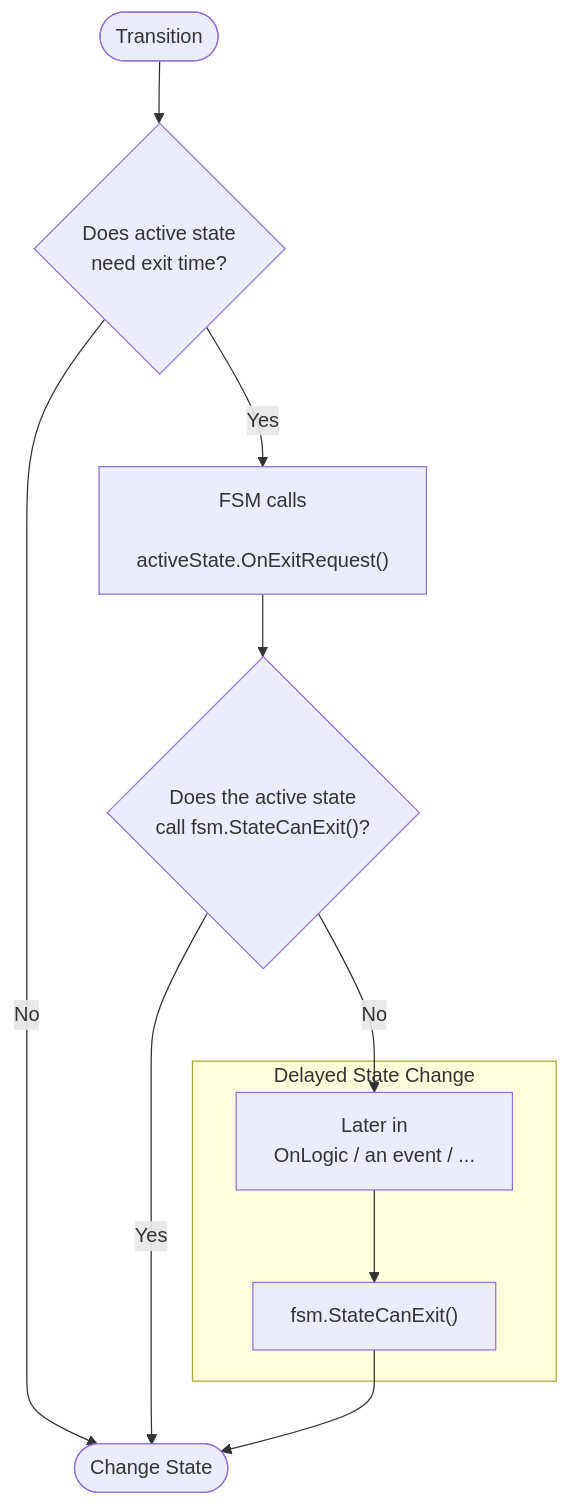
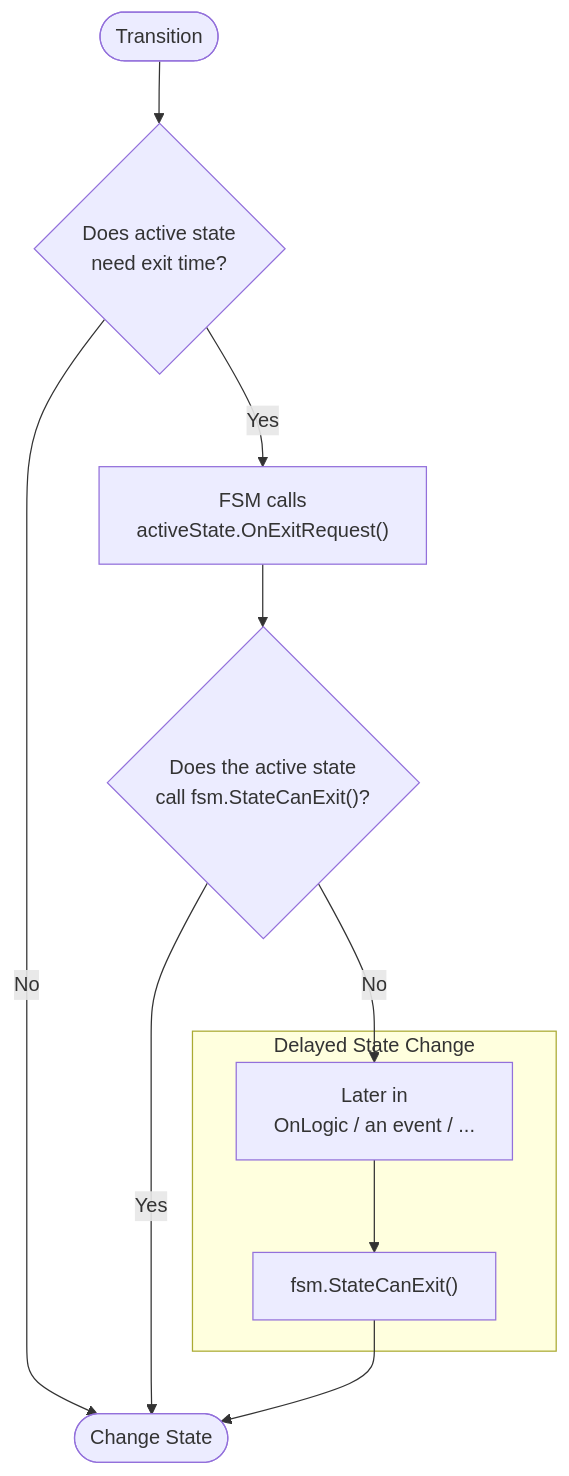
One commit to Inspiaaa/UnityHFSM changed the first of 2 diagrams in README.md. Above: the diagram before and after it, drawn with Mermaid.

Commit message:
Fix layout issue in mermaid diagram
The additional space character beside the <br> tag caused problems in the new mermaid renderer, leading to a empty line in the box

````diff
--- a/README.md
+++ b/README.md
@@ -471,18 +471,18 @@
 ```mermaid
 flowchart TD
   Start([Transition]) --> NeedsExitTime{"Does active state<br>need exit time?"}
 
   NeedsExitTime -->|No| End([Change State])
 
-  NeedsExitTime -->|Yes| OnExitRequest["FSM calls<br> activeState.OnExitRequest()"]
-  OnExitRequest --> StateCanExit{"Does the active state <br> call fsm.StateCanExit()?"}
+  NeedsExitTime -->|Yes| OnExitRequest["FSM calls<br>activeState.OnExitRequest()"]
+  OnExitRequest --> StateCanExit{"Does the active state<br>call fsm.StateCanExit()?"}
   StateCanExit -->|Yes| End
   StateCanExit -->|No| Later
 
   subgraph "Delayed State Change"
     Later["Later in<br>OnLogic / an event / ..."]
     Later --> CallStateCanExit["fsm.StateCanExit()"]
   end
 
   CallStateCanExit --> End
 ```
````
